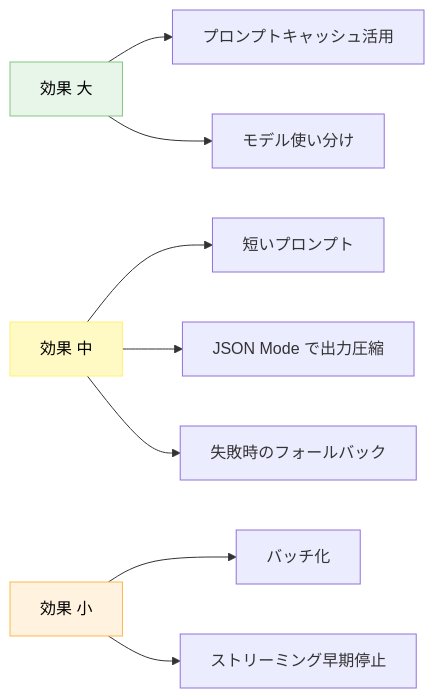
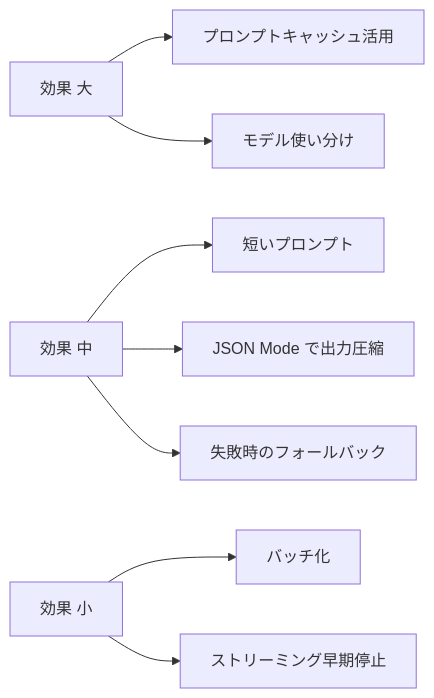
The first of 3 diagrams in docs/techniques/llm-コストを減らす-7-つの手法-優先順位つき.md (dinekt/dinekt-wiki), drawn with Mermaid before and after one commit. The commit also changed 70 other files, not shown here.

First line of the commit message:
fix(mermaid): strip all inline styling, rely on theme

````diff
--- a/docs/techniques/llm-コストを減らす-7-つの手法-優先順位つき.md
+++ b/docs/techniques/llm-コストを減らす-7-つの手法-優先順位つき.md
@@ -23,14 +23,11 @@
 ```mermaid
 flowchart LR
     H[効果 大] --> C[プロンプトキャッシュ活用]
     H --> M[モデル使い分け]
     M2[効果 中] --> S[短いプロンプト]
     M2 --> J[JSON Mode で出力圧縮]
     M2 --> F[失敗時のフォールバック]
     L[効果 小] --> B[バッチ化]
     L --> T[ストリーミング早期停止]
 
-    style H fill:#e8f5e9,stroke:#81c784,color:#000
-    style M2 fill:#fff9c4,stroke:#fff176,color:#000
-    style L fill:#fff3e0,stroke:#ffb74d,color:#000
 ```
````
